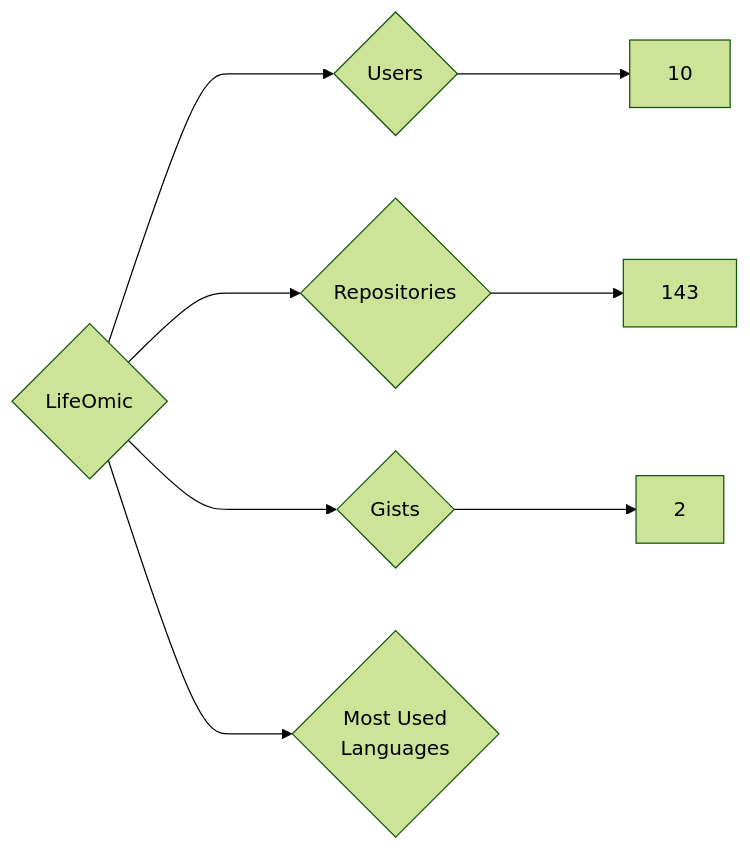
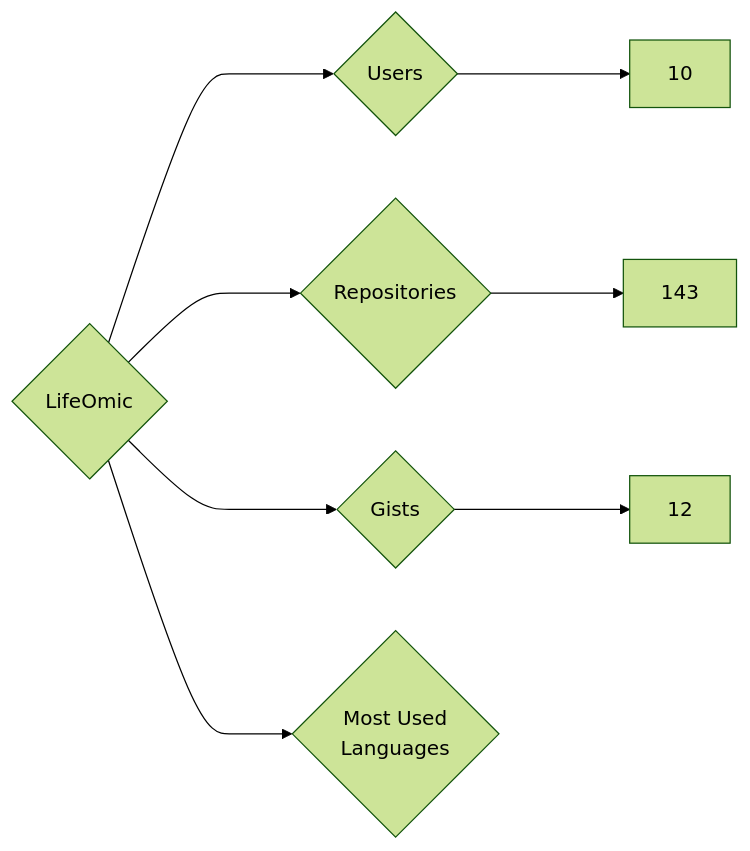
The diagram in targets/LifeOmic/README.md (nenadzaric/insiders), drawn with Mermaid (forest theme) before and after one commit. The commit also changed 1342 other files, not shown here.

````diff
--- a/targets/LifeOmic/README.md
+++ b/targets/LifeOmic/README.md
@@ -3,8 +3,8 @@
 ```mermaid
 graph LR
 COMPANY_NAME{LifeOmic}
 COMPANY_NAME ---> U{Users} ---> UN[10]
 COMPANY_NAME ---> R{Repositories} ---> RN[143]
-COMPANY_NAME ---> G{Gists} ---> GN[2]
+COMPANY_NAME ---> G{Gists} ---> GN[12]
 COMPANY_NAME ---> ML{Most Used<br>Languages}
 ```
````
